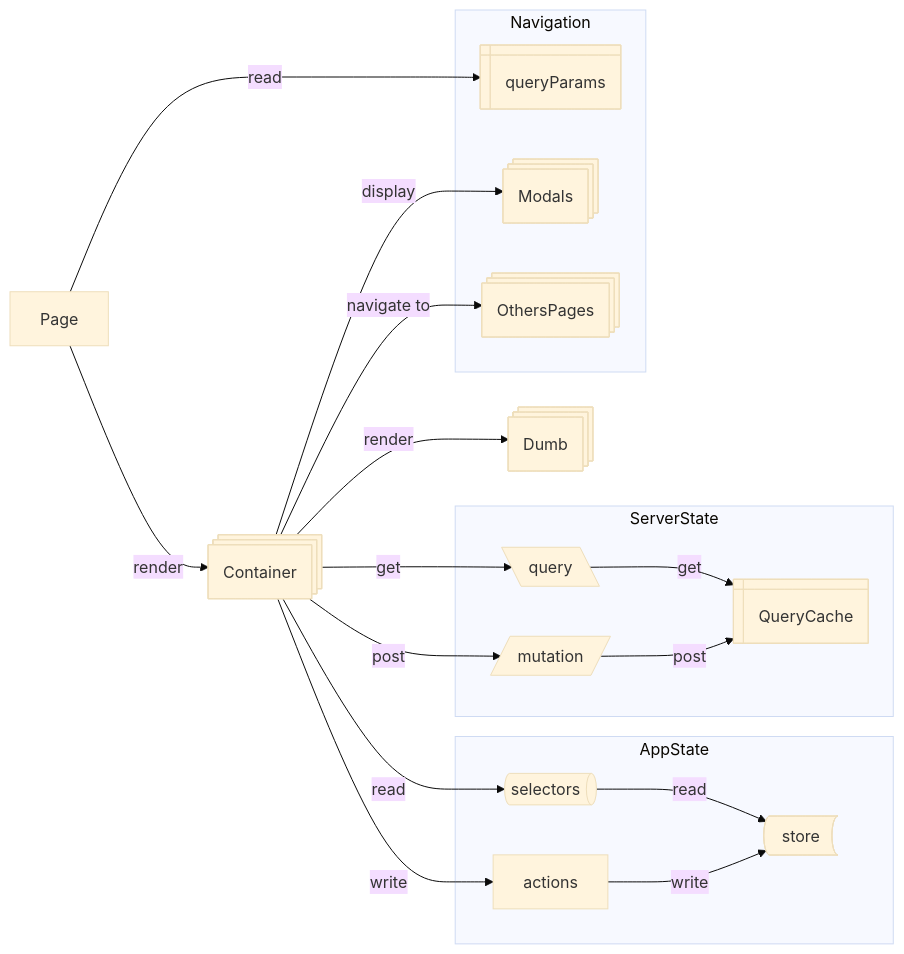
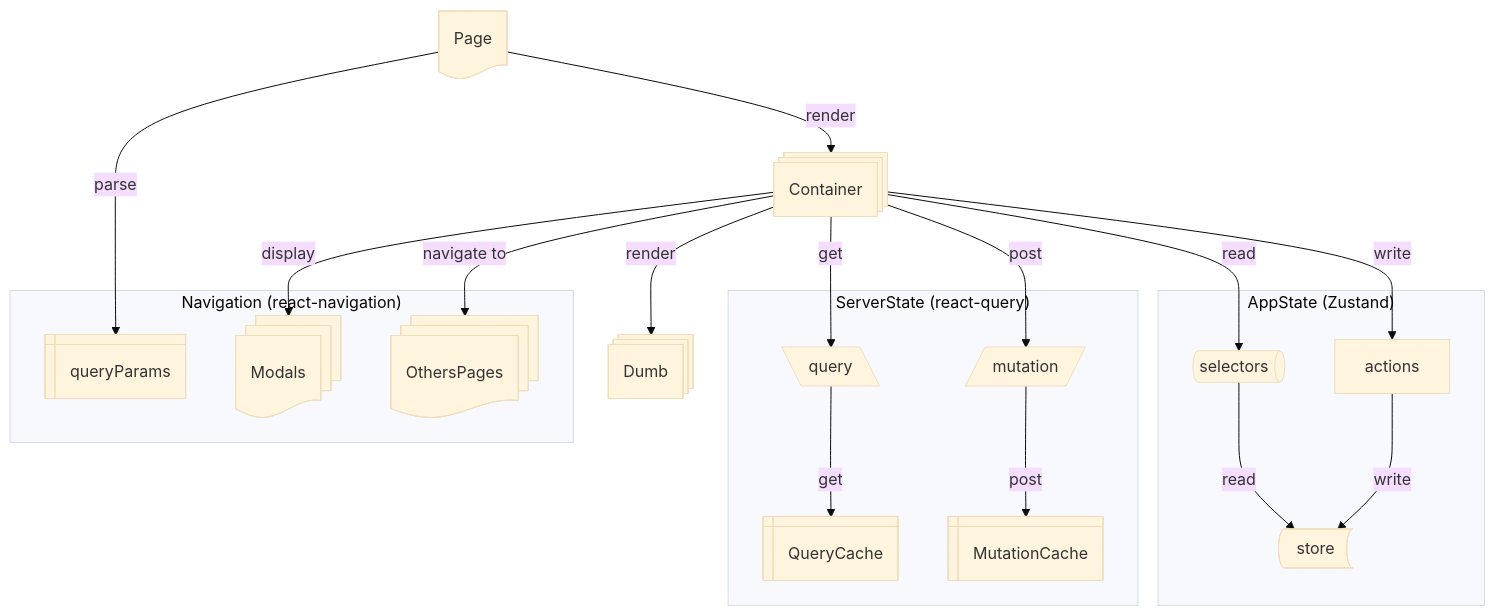
Before and after one commit to pass-culture/pass-culture-app-native: the fourth of 4 diagrams in audit.md, drawn with Mermaid (base theme).

````diff
--- a/audit.md
+++ b/audit.md
@@ -326,38 +326,37 @@
 ```mermaid
-flowchart LR
-  subgraph AppState
+flowchart TB
+  subgraph AppState["AppState (Zustand)"]
     selectors@{ shape: das }
     actions
     store@{ shape: bow-rect }
 
     selectors -->|read| store
     actions -->|write| store
   end
 
-  subgraph ServerState
+  subgraph ServerState["ServerState (react-query)"]
     query@{ shape: lean-l }
     mutation@{ shape: lean-r }
-    QueryCache@{ shape: win-pane }
 
-    query -->|get| QueryCache
-    mutation -->|post| QueryCache
+    query -->|get| QueryCache@{ shape: win-pane }
+    mutation -->|post| MutationCache@{ shape: win-pane }
   end
 
-  subgraph Navigation
+  subgraph Navigation["Navigation (react-navigation)"]
     queryParams@{ shape: win-pane }
     Modals@{ shape: processes }
     OthersPages@{ shape: processes }
   end
 
-  Page
+  Page@{ shape: doc }
   -->|render| Container@{ shape: processes }
   -->|render| Dumb@{ shape: processes }
 
-  Page -->|read| queryParams
+  Page -->|parse| queryParams
   Container -->|read| selectors
   Container -->|write| actions
   Container -->|get| query
   Container -->|post| mutation
-  Container -->|display| Modals
-  Container -->|navigate to| OthersPages
+  Container -->|display| Modals@{ shape: docs }
+  Container -->|navigate to| OthersPages@{ shape: docs }
 ```
````
